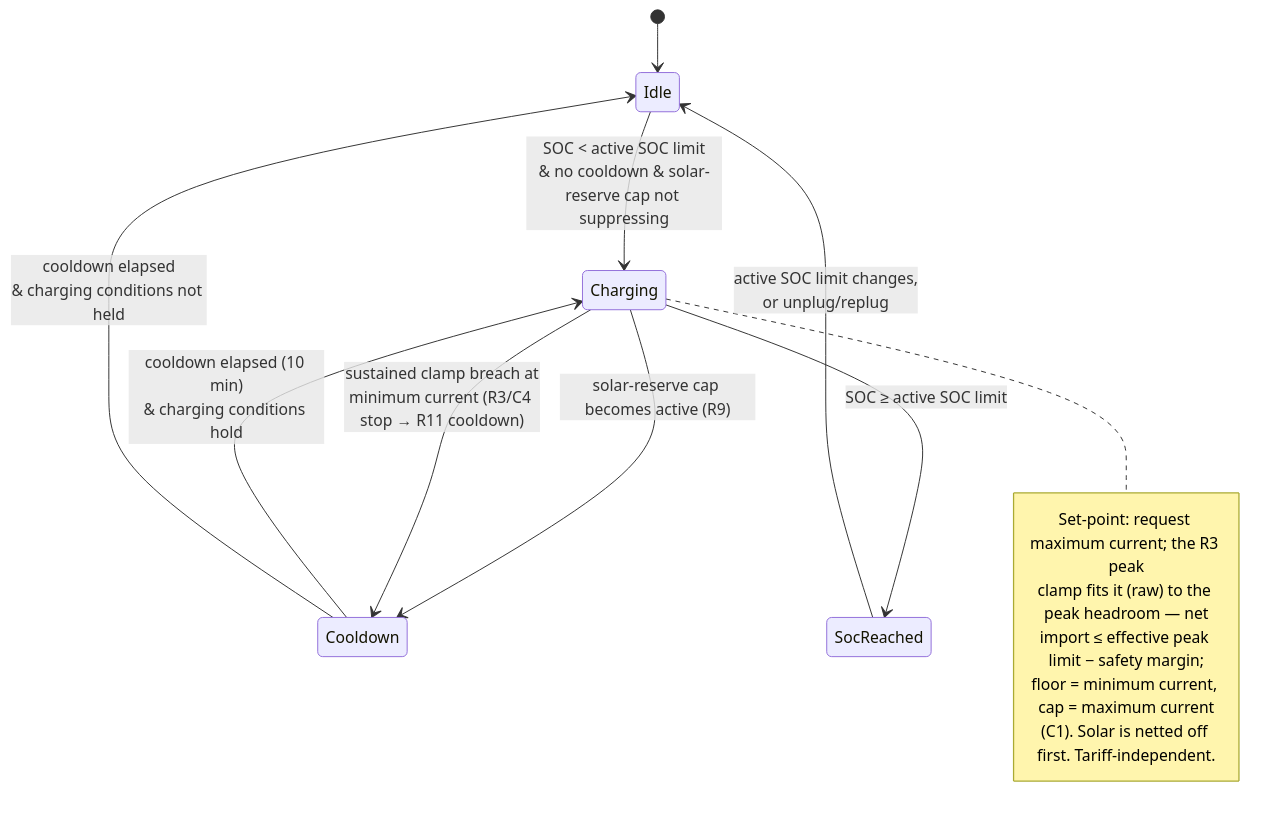
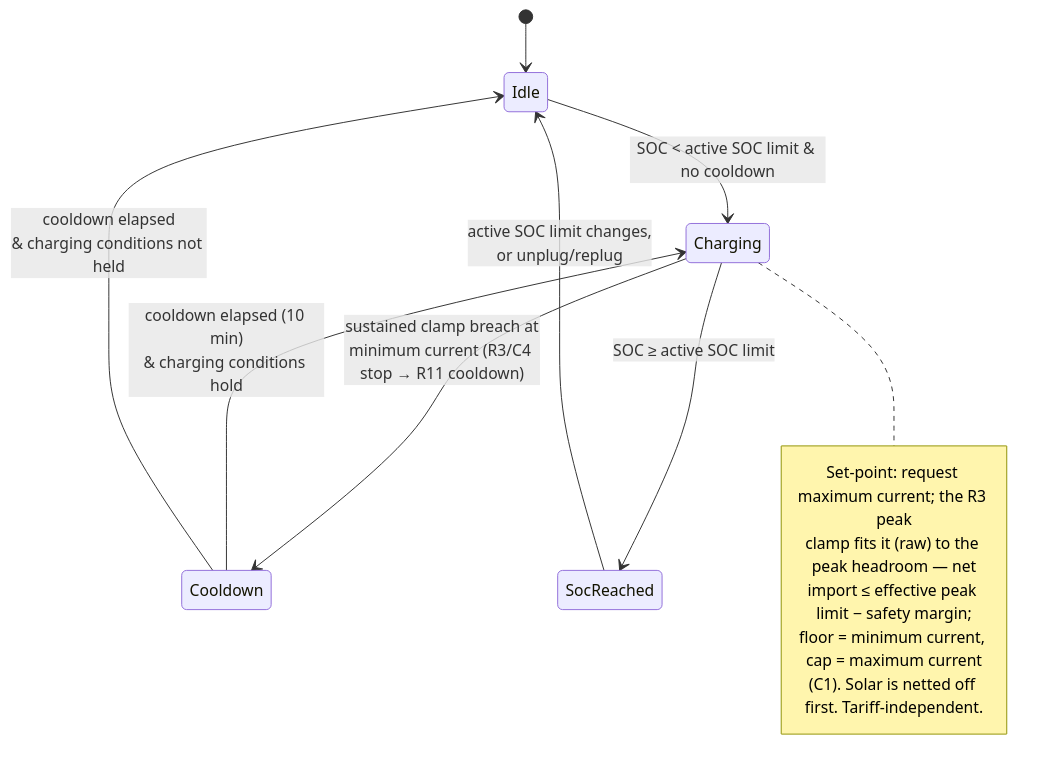
The diagram in docs/analysis/use-cases/UC03-charge-from-grid-within-captar-limit.md (kristofdegrave/homeassistant-smart-charging), drawn with Mermaid before and after one commit. The commit also changed other lines of this file and 3 other files, not shown here.

First line of the commit message:
docs: scope the solar-reserve cap to the Auto profile

````diff
--- a/docs/analysis/use-cases/UC03-charge-from-grid-within-captar-limit.md
+++ b/docs/analysis/use-cases/UC03-charge-from-grid-within-captar-limit.md
@@ -96,18 +93,17 @@
 ```mermaid
 stateDiagram-v2
     [*] --> Idle
-    Idle --> Charging: SOC < active SOC limit<br/>& no cooldown & solar-reserve cap not suppressing
-    Charging --> Cooldown: solar-reserve cap becomes active (R9)
+    Idle --> Charging: SOC < active SOC limit & no cooldown
     Charging --> Cooldown: sustained clamp breach at<br/>minimum current (R3/C4 stop → R11 cooldown)
     Charging --> SocReached: SOC ≥ active SOC limit
     Cooldown --> Charging: cooldown elapsed (10 min)<br/>& charging conditions hold
     Cooldown --> Idle: cooldown elapsed<br/>& charging conditions not held
     SocReached --> Idle: active SOC limit changes,<br/>or unplug/replug
     note right of Charging
         Set-point: request maximum current; the R3 peak
         clamp fits it (raw) to the peak headroom — net
         import ≤ effective peak limit − safety margin;
         floor = minimum current, cap = maximum current
         (C1). Solar is netted off first. Tariff-independent.
     end note
 ```
````
